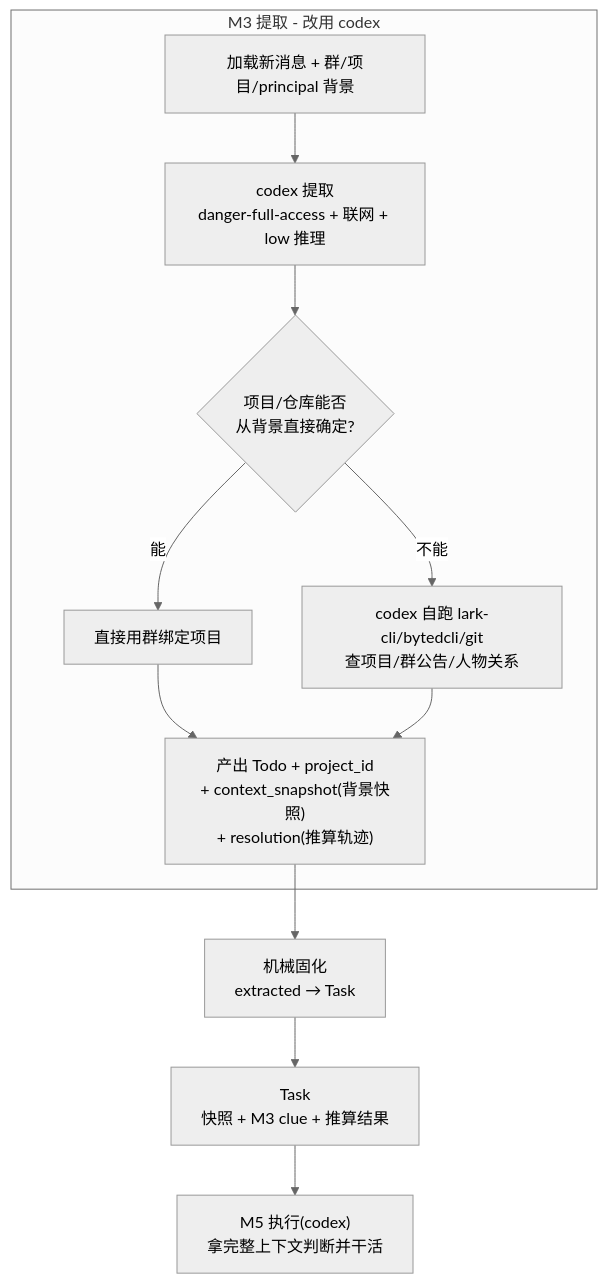
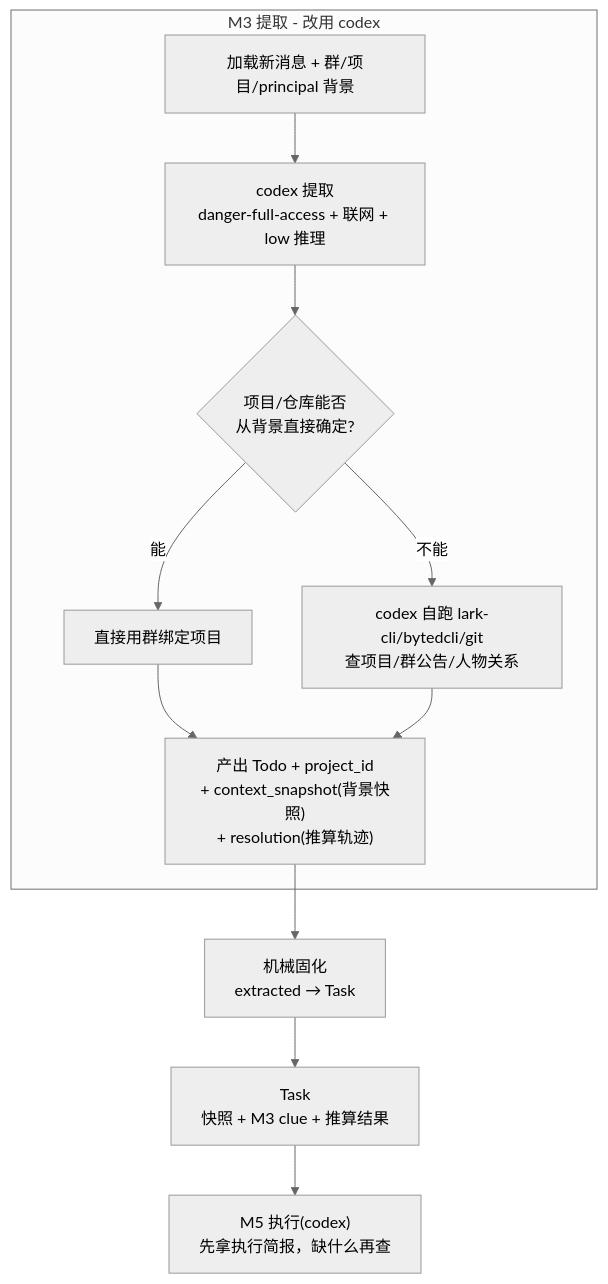
One commit to mjscjj/jarvis changed the second of 2 diagrams in docs/design-context-pipeline.md. Above: the diagram before and after it, drawn with Mermaid (neutral theme). The commit also changed other lines of this file and 39 other files, not shown here.

````diff
--- a/docs/design-context-pipeline.md
+++ b/docs/design-context-pipeline.md
@@ -90,14 +90,14 @@
 ```mermaid
 flowchart TB
     subgraph m3 [M3 提取 - 改用 codex]
         A["加载新消息 + 群/项目/principal 背景"] --> B["codex 提取<br/>danger-full-access + 联网 + low 推理"]
         B --> C{"项目/仓库能否<br/>从背景直接确定?"}
         C -->|能| D["直接用群绑定项目"]
         C -->|不能| E["codex 自跑 lark-cli/bytedcli/git<br/>查项目/群公告/人物关系"]
         D --> F["产出 Todo + project_id<br/>+ context_snapshot(背景快照)<br/>+ resolution(推算轨迹)"]
         E --> F
     end
     F --> G["机械固化<br/>extracted → Task"]
     G --> H["Task<br/>快照 + M3 clue + 推算结果"]
-    H --> I["M5 执行(codex)<br/>拿完整上下文判断并干活"]
+    H --> I["M5 执行(codex)<br/>先拿执行简报，缺什么再查"]
 ```
````
